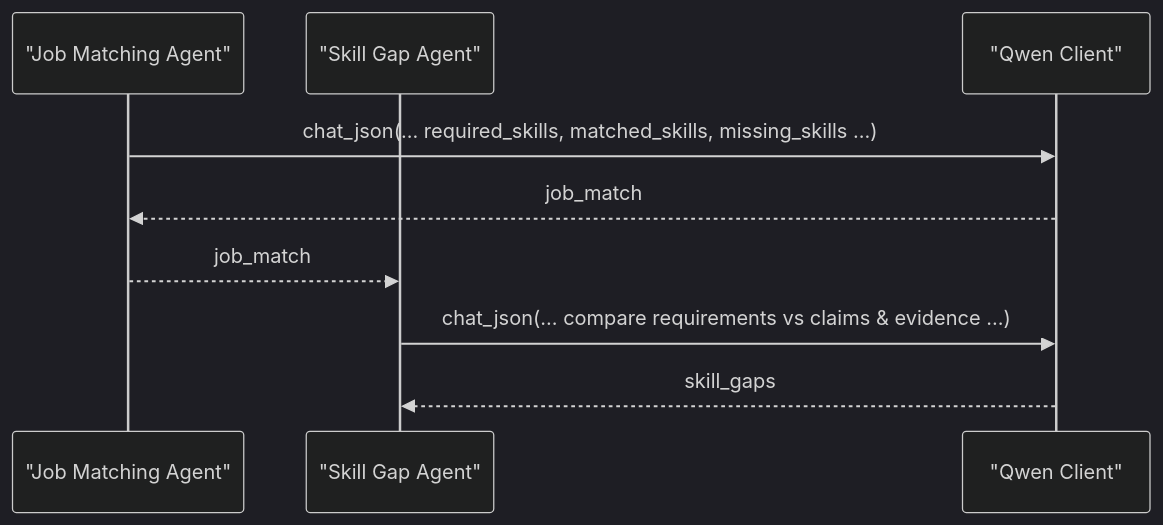
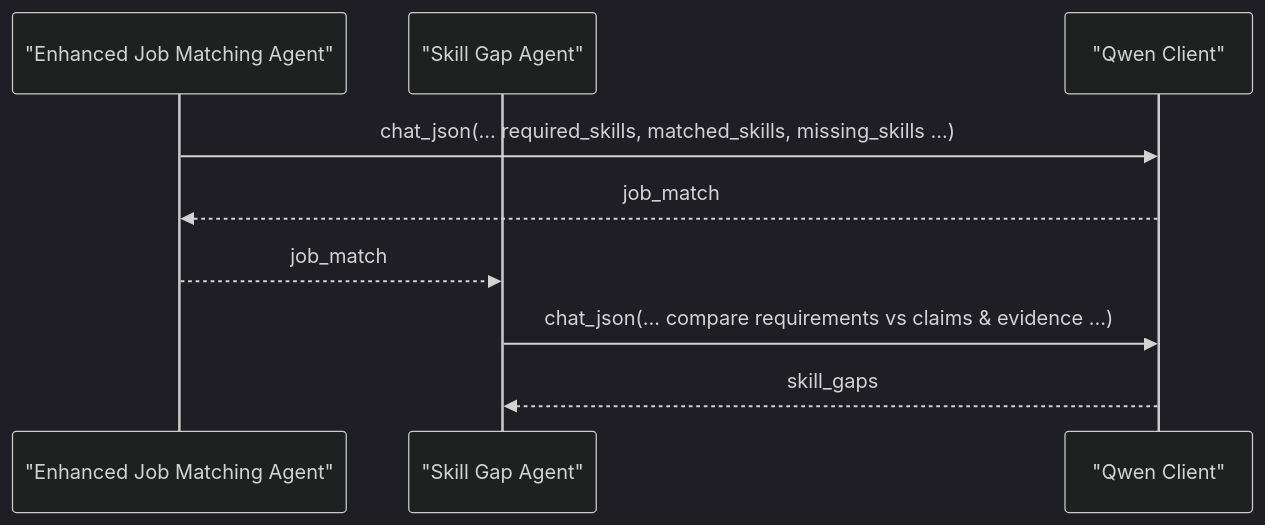
Before and after one commit to waqarimran342/CareerOS-AI: the fourth of 5 diagrams in .qoder/repowiki/en/content/Multi-Agent System/Job Matching Agent.md, drawn with Mermaid (dark theme). The commit also changed other lines of this file and 32 other files, not shown here.

````diff
--- a/.qoder/repowiki/en/content/Multi-Agent System/Job Matching Agent.md
+++ b/.qoder/repowiki/en/content/Multi-Agent System/Job Matching Agent.md
@@ -209,11 +230,11 @@
 ```mermaid
 sequenceDiagram
-participant JM as "Job Matching Agent"
+participant JM as "Enhanced Job Matching Agent"
 participant SG as "Skill Gap Agent"
 participant L as "Qwen Client"
 JM->>L : chat_json(... required_skills, matched_skills, missing_skills ...)
 L-->>JM : job_match
 JM-->>SG : job_match
 SG->>L : chat_json(... compare requirements vs claims & evidence ...)
 L-->>SG : skill_gaps
 ```
````
